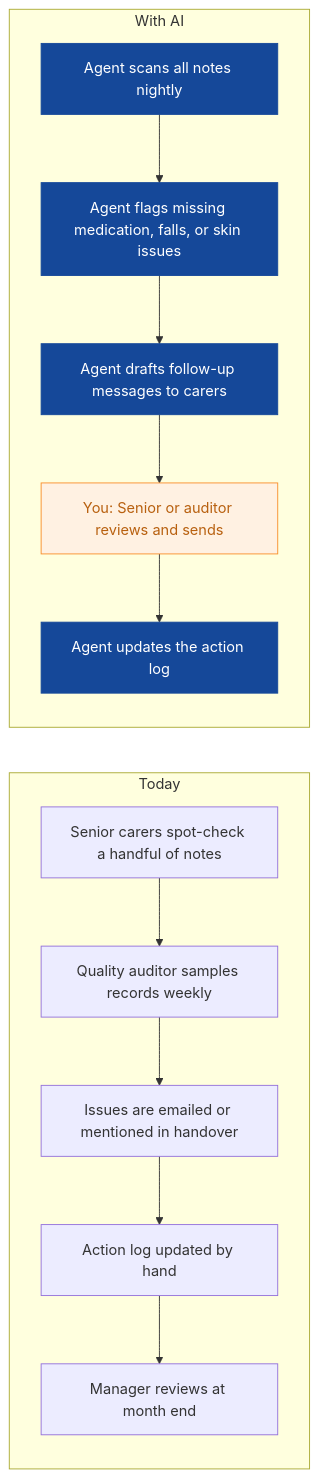
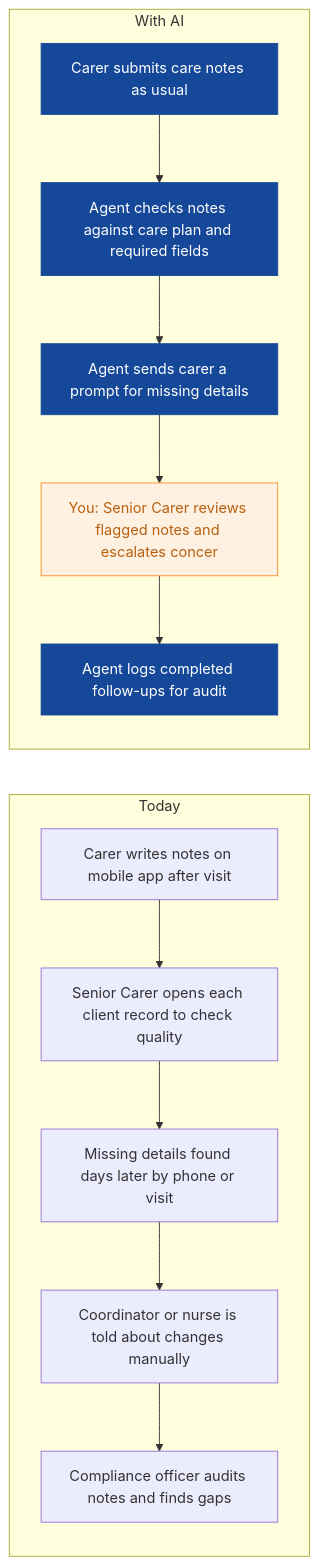
Before and after one commit to nexibeo/Complete-AI-Strategy: the second of 8 diagrams in strategies/evergreen-home-care.md, drawn with Mermaid. The commit also changed other lines of this file and 26 other files, not shown here.

````diff
--- a/strategies/evergreen-home-care.md
+++ b/strategies/evergreen-home-care.md
@@ -79,23 +82,23 @@
 ```mermaid
 flowchart LR
   subgraph Today
-    B0["Senior carers spot-check a handful of notes"]
-    B1["Quality auditor samples records weekly"]
-    B2["Issues are emailed or mentioned in handover"]
-    B3["Action log updated by hand"]
-    B4["Manager reviews at month end"]
+    B0["Carer writes notes on mobile app after visit"]
+    B1["Senior Carer opens each client record to check quality"]
+    B2["Missing details found days later by phone or visit"]
+    B3["Coordinator or nurse is told about changes manually"]
+    B4["Compliance officer audits notes and finds gaps"]
     B0 --> B1 --> B2 --> B3 --> B4
   end
   subgraph WithAI[With AI]
-    A0["Agent scans all notes nightly"]
-    A1["Agent flags missing medication, falls, or skin issues"]
-    A2["Agent drafts follow-up messages to carers"]
-    A3["You: Senior or auditor reviews and sends"]
-    A4["Agent updates the action log"]
+    A0["Carer submits care notes as usual"]
+    A1["Agent checks notes against care plan and required fields"]
+    A2["Agent sends carer a prompt for missing details"]
+    A3["You: Senior Carer reviews flagged notes and escalates concer"]
+    A4["Agent logs completed follow-ups for audit"]
     A0 --> A1 --> A2 --> A3 --> A4
   end
   classDef ai fill:#154899,color:#fff,stroke:#154899
   classDef human fill:#FFF1E2,color:#B8600F,stroke:#F98F2C
   class A0,A1,A2,A4 ai
   class A3 human
 ```
````
